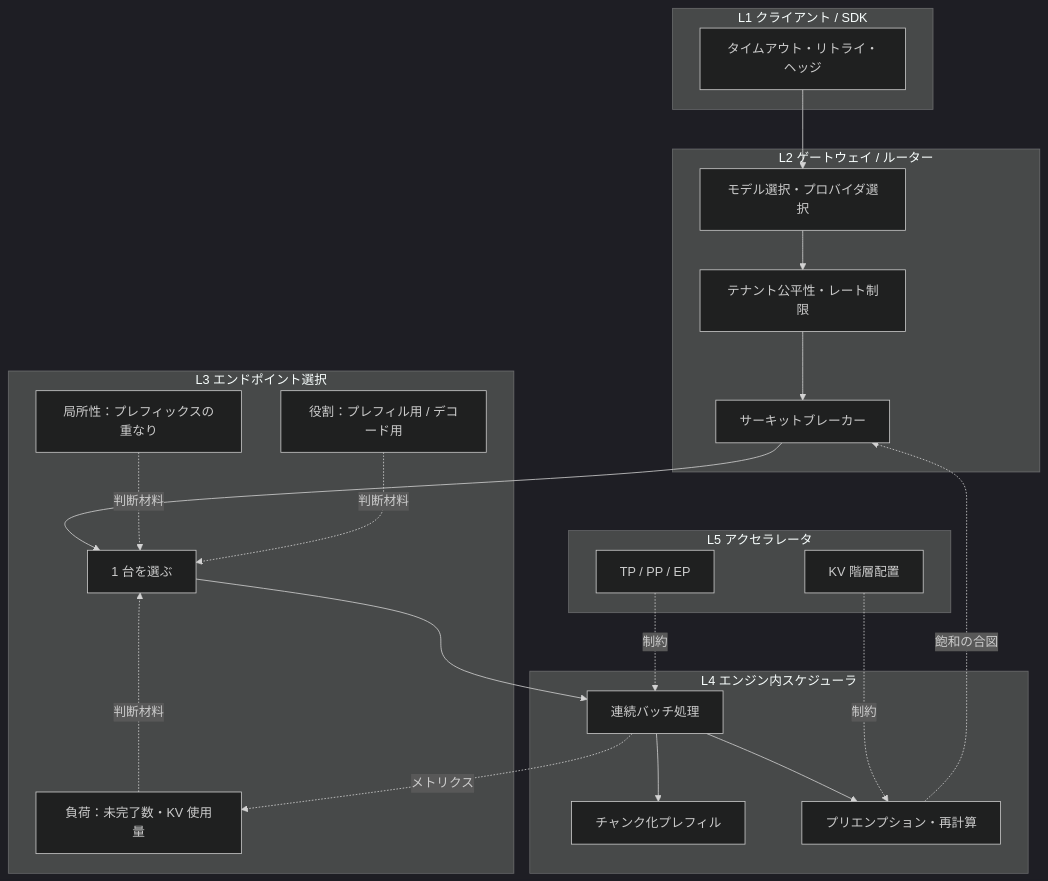
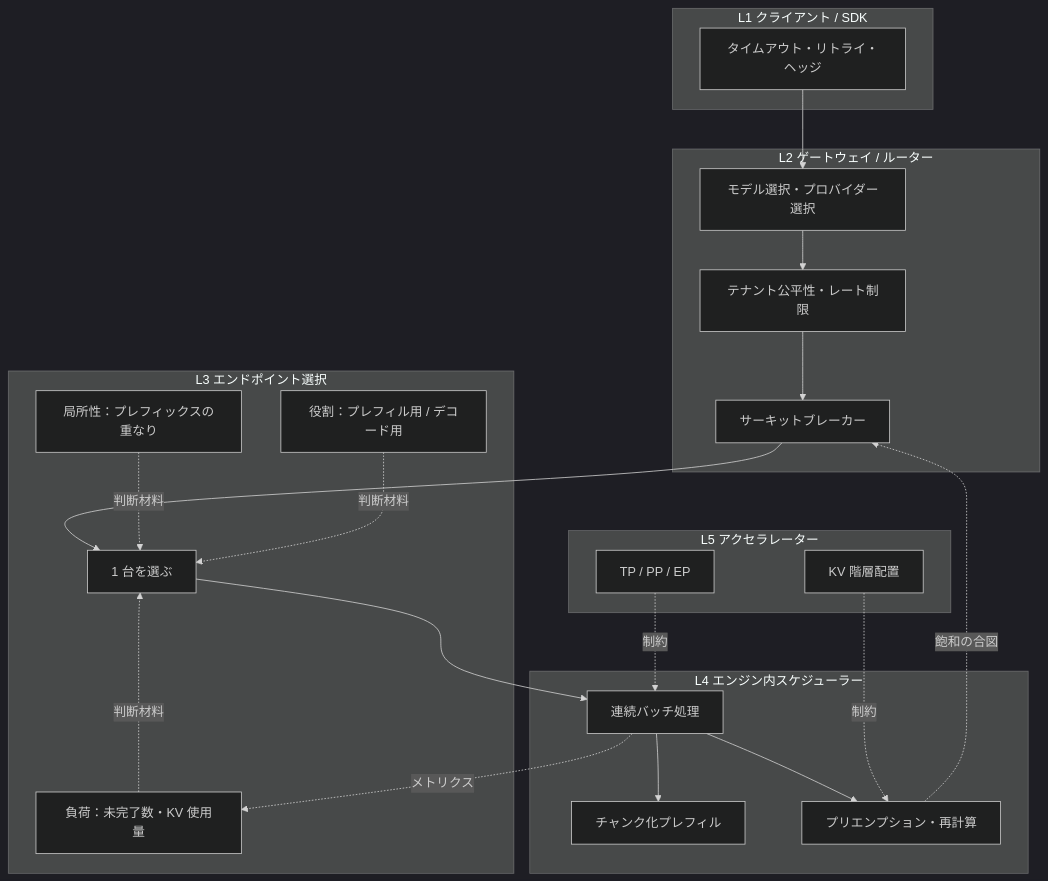
One commit to yoichiozaki/yoichiozaki.github.io changed the diagram in content/blog/ja/llm-load-balancing.mdx. Above: the diagram before and after it, drawn with Mermaid (dark theme). The commit also changed other lines of this file and 117 other files, not shown here.

````diff
--- a/content/blog/ja/llm-load-balancing.mdx
+++ b/content/blog/ja/llm-load-balancing.mdx
@@ -96,39 +96,39 @@
 ```mermaid
 flowchart TB
     subgraph L1["L1 クライアント / SDK"]
       RETRY["タイムアウト・リトライ・ヘッジ"]
     end
     subgraph L2["L2 ゲートウェイ / ルーター"]
-      MODEL["モデル選択・プロバイダ選択"]
+      MODEL["モデル選択・プロバイダー選択"]
       FAIR["テナント公平性・レート制限"]
       BREAKER["サーキットブレーカー"]
     end
     subgraph L3["L3 エンドポイント選択"]
       PICK["1 台を選ぶ"]
       LOAD["負荷：未完了数・KV 使用量"]
       PREFIX["局所性：プレフィックスの重なり"]
       ROLE["役割：プレフィル用 / デコード用"]
     end
-    subgraph L4["L4 エンジン内スケジューラ"]
+    subgraph L4["L4 エンジン内スケジューラー"]
       CONTBATCH["連続バッチ処理"]
       CHUNK["チャンク化プレフィル"]
       PREEMPT["プリエンプション・再計算"]
     end
-    subgraph L5["L5 アクセラレータ"]
+    subgraph L5["L5 アクセラレーター"]
       PARA["TP / PP / EP"]
       TIER["KV 階層配置"]
     end
 
     RETRY --> MODEL
     MODEL --> FAIR --> BREAKER --> PICK
     LOAD -. 判断材料 .-> PICK
     PREFIX -. 判断材料 .-> PICK
     ROLE -. 判断材料 .-> PICK
     PICK --> CONTBATCH
     CONTBATCH --> CHUNK
     CONTBATCH --> PREEMPT
     CONTBATCH -. メトリクス .-> LOAD
     PREEMPT -. 飽和の合図 .-> BREAKER
     PARA -. 制約 .-> CONTBATCH
     TIER -. 制約 .-> PREEMPT
 ```
````
